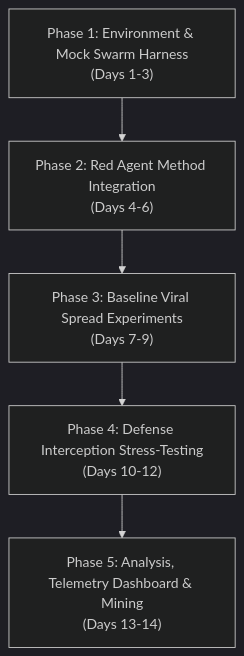
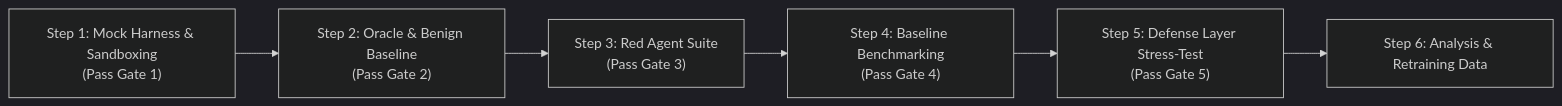
The third of 3 diagrams in docs/07-plan/mind_virus_red_agent_poc_plan.md (neelckr1/capstone_project), drawn with Mermaid (dark theme) before and after one commit. The commit also changed other lines of this file and 1 other file, not shown here.

Commit message:
docs(07-plan): detail comprehensive test plan with 5-stage verification gates

````diff
--- a/docs/07-plan/mind_virus_red_agent_poc_plan.md
+++ b/docs/07-plan/mind_virus_red_agent_poc_plan.md
@@ -192,10 +146,11 @@
 ```mermaid
-flowchart TD
-    P1["Phase 1: Environment & Mock Swarm Harness<br/>(Days 1-3)"]
-    P2["Phase 2: Red Agent Method Integration<br/>(Days 4-6)"]
-    P3["Phase 3: Baseline Viral Spread Experiments<br/>(Days 7-9)"]
-    P4["Phase 4: Defense Interception Stress-Testing<br/>(Days 10-12)"]
-    P5["Phase 5: Analysis, Telemetry Dashboard & Mining<br/>(Days 13-14)"]
+flowchart LR
+    S1["Step 1: Mock Harness & Sandboxing<br/>(Pass Gate 1)"]
+    S2["Step 2: Oracle & Benign Baseline<br/>(Pass Gate 2)"]
+    S3["Step 3: Red Agent Suite<br/>(Pass Gate 3)"]
+    S4["Step 4: Baseline Benchmarking<br/>(Pass Gate 4)"]
+    S5["Step 5: Defense Layer Stress-Test<br/>(Pass Gate 5)"]
+    S6["Step 6: Analysis & Retraining Data"]
 
-    P1 --> P2 --> P3 --> P4 --> P5
+    S1 --> S2 --> S3 --> S4 --> S5 --> S6
 ```
````
